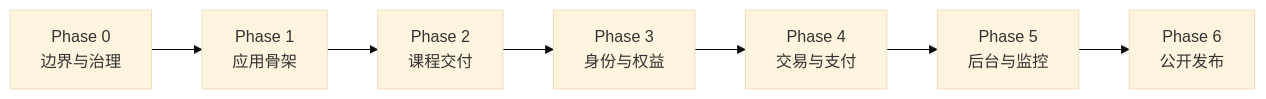
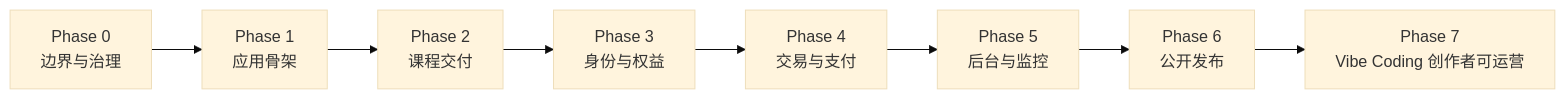
The diagram in docs/ROADMAP.md (CzzzzzzJ/mdldm-knowledge-kit), drawn with Mermaid (base theme) before and after one commit. The commit also changed other lines of this file and 71 other files, not shown here.

````diff
--- a/docs/ROADMAP.md
+++ b/docs/ROADMAP.md
@@ -3,9 +3,10 @@
 ```mermaid
 flowchart LR
     P0["Phase 0<br/>边界与治理"] --> P1["Phase 1<br/>应用骨架"]
     P1 --> P2["Phase 2<br/>课程交付"]
     P2 --> P3["Phase 3<br/>身份与权益"]
     P3 --> P4["Phase 4<br/>交易与支付"]
     P4 --> P5["Phase 5<br/>后台与监控"]
     P5 --> P6["Phase 6<br/>公开发布"]
+    P6 --> P7["Phase 7<br/>Vibe Coding 创作者可运营"]
 ```
````
